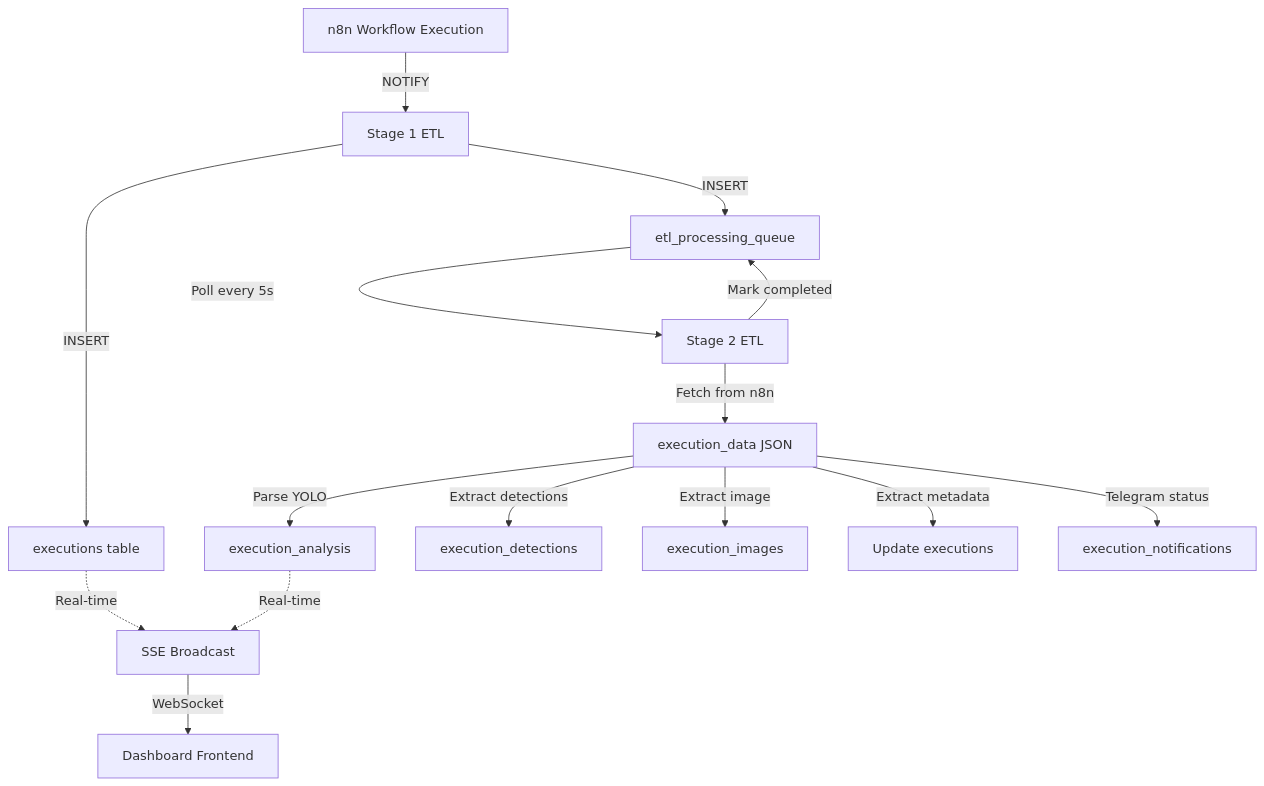
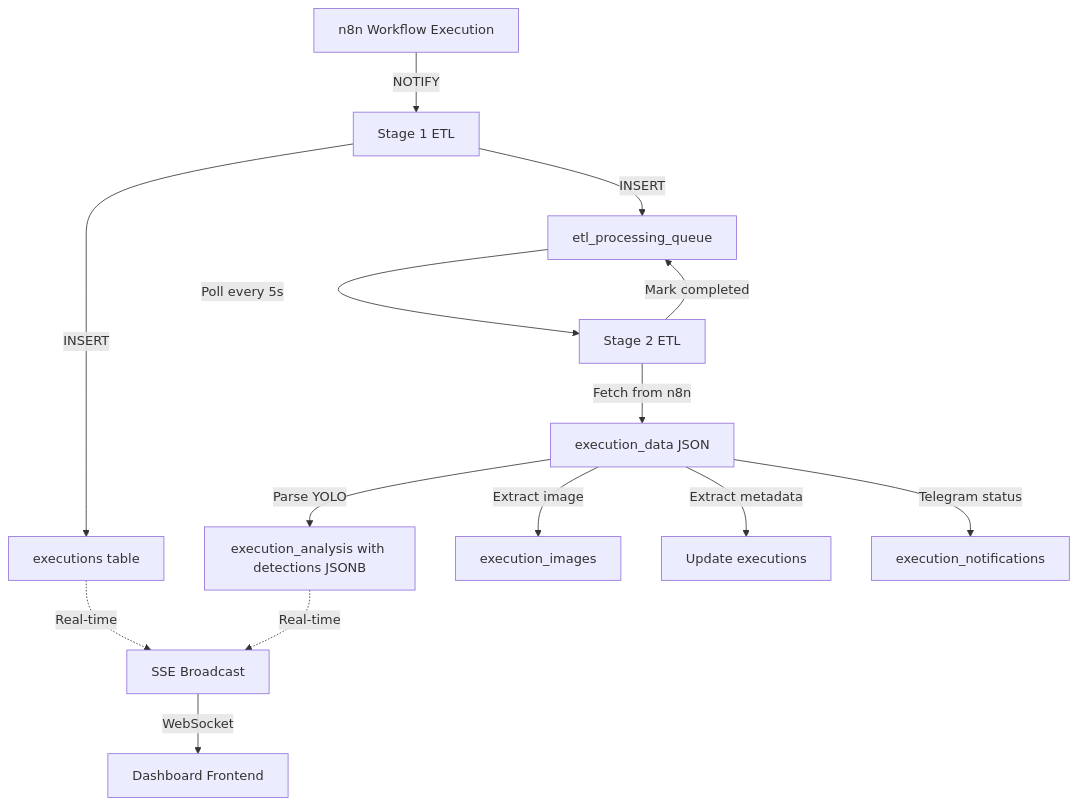
One commit to AlterMundi/sai-dashboard changed the second of 2 diagrams in docs/DATABASE_SCHEMA.md. Above: the diagram before and after it, drawn with Mermaid. The commit also changed other lines of this file and 4 other files, not shown here.

First line of the commit message:
feat(db): Migration 005 - Schema cleanup and optimization

````diff
--- a/docs/DATABASE_SCHEMA.md
+++ b/docs/DATABASE_SCHEMA.md
@@ -239,22 +182,21 @@
 ```mermaid
 flowchart TD
     A[n8n Workflow Execution] -->|NOTIFY| B[Stage 1 ETL]
     B -->|INSERT| C[executions table]
     B -->|INSERT| D[etl_processing_queue]
 
     D -->|Poll every 5s| E[Stage 2 ETL]
     E -->|Fetch from n8n| F[execution_data JSON]
 
-    F -->|Parse YOLO| G[execution_analysis]
-    F -->|Extract detections| H[execution_detections]
-    F -->|Extract image| I[execution_images]
-    F -->|Extract metadata| J[Update executions]
-    F -->|Telegram status| K[execution_notifications]
+    F -->|Parse YOLO| G[execution_analysis with detections JSONB]
+    F -->|Extract image| H[execution_images]
+    F -->|Extract metadata| I[Update executions]
+    F -->|Telegram status| J[execution_notifications]
 
     E -->|Mark completed| D
 
-    G -.->|Real-time| L[SSE Broadcast]
-    C -.->|Real-time| L
+    G -.->|Real-time| K[SSE Broadcast]
+    C -.->|Real-time| K
 
-    L -->|WebSocket| M[Dashboard Frontend]
+    K -->|WebSocket| L[Dashboard Frontend]
 ```
````
